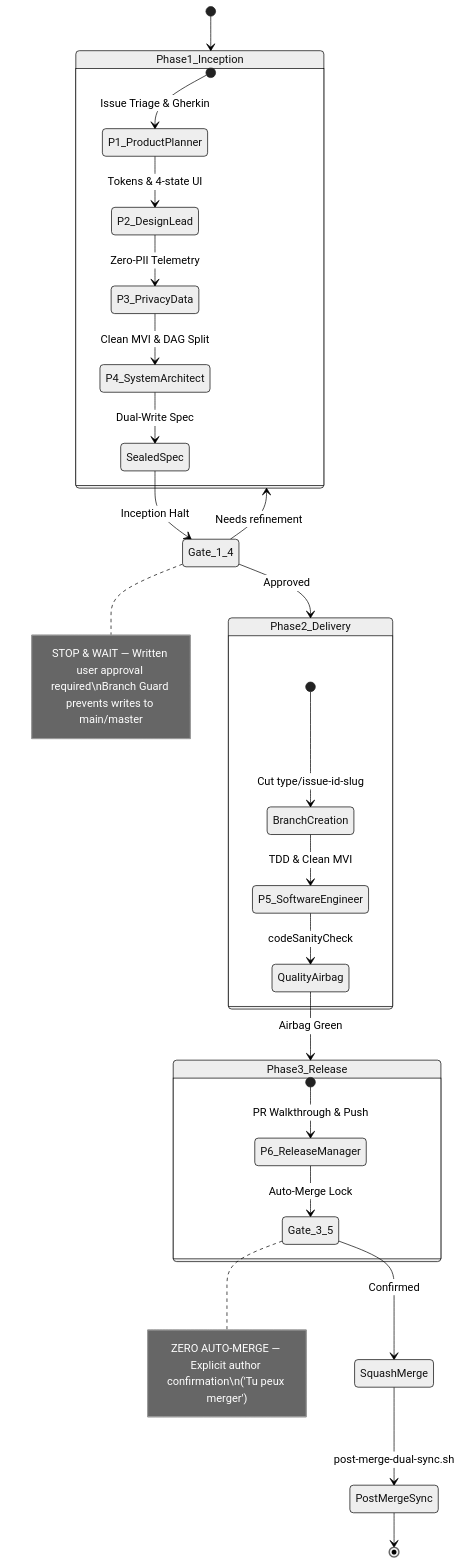
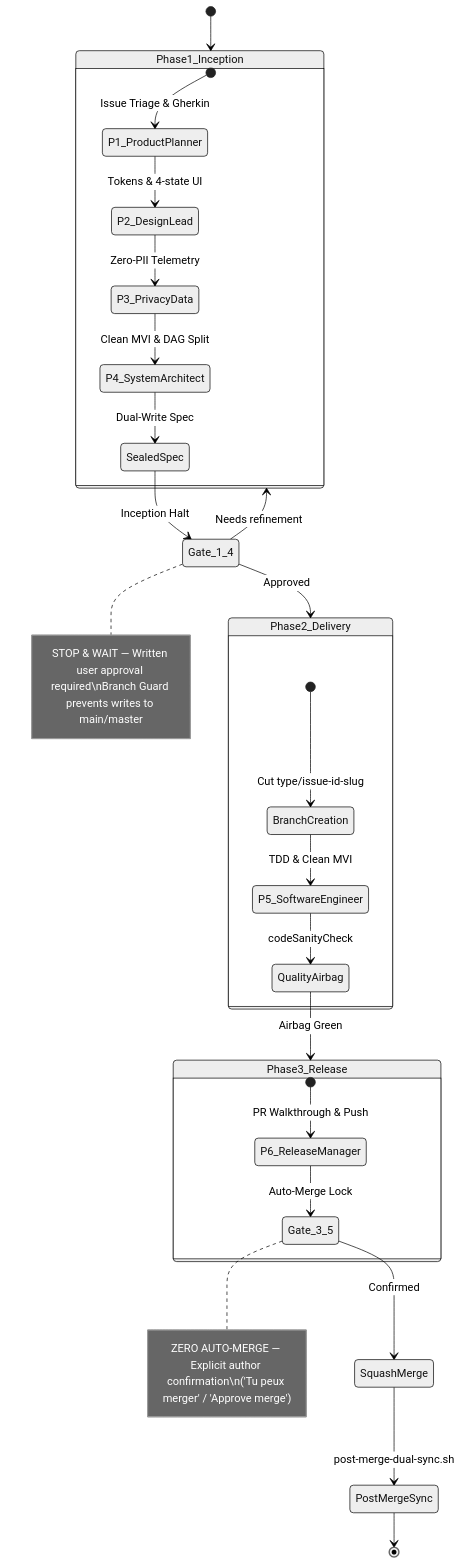
Before and after one commit to nicolasvd/agentic-android-delivery-kernel: the diagram in ARCHITECTURE.md, drawn with Mermaid (neutral theme). The commit also changed 8 other files, not shown here.

````diff
--- a/ARCHITECTURE.md
+++ b/ARCHITECTURE.md
@@ -19,40 +19,40 @@
 ```mermaid
 stateDiagram-v2
     [*] --> Phase1_Inception
     
     state Phase1_Inception {
         [*] --> P1_ProductPlanner : Issue Triage & Gherkin
         P1_ProductPlanner --> P2_DesignLead : Tokens & 4-state UI
         P2_DesignLead --> P3_PrivacyData : Zero-PII Telemetry
         P3_PrivacyData --> P4_SystemArchitect : Clean MVI & DAG Split
         P4_SystemArchitect --> SealedSpec : Dual-Write Spec
     }
 
     SealedSpec --> Gate_1_4 : Inception Halt
     
     state Gate_1_4 <<choice>>
     note right of Gate_1_4 : STOP & WAIT — Written user approval required\nBranch Guard prevents writes to main/master
 
     Gate_1_4 --> Phase2_Delivery : Approved
     Gate_1_4 --> Phase1_Inception : Needs refinement
 
     state Phase2_Delivery {
         [*] --> BranchCreation : Cut type/issue-id-slug
         BranchCreation --> P5_SoftwareEngineer : TDD & Clean MVI
         P5_SoftwareEngineer --> QualityAirbag : codeSanityCheck
     }
 
     QualityAirbag --> Phase3_Release : Airbag Green
     
     state Phase3_Release {
         [*] --> P6_ReleaseManager : PR Walkthrough & Push
         P6_ReleaseManager --> Gate_3_5 : Auto-Merge Lock
     }
 
     state Gate_3_5 <<choice>>
-    note right of Gate_3_5 : ZERO AUTO-MERGE — Explicit author confirmation\n('Tu peux merger')
+    note right of Gate_3_5 : ZERO AUTO-MERGE — Explicit author confirmation\n('Tu peux merger' / 'Approve merge')
 
     Gate_3_5 --> SquashMerge : Confirmed
     SquashMerge --> PostMergeSync : post-merge-dual-sync.sh
     PostMergeSync --> [*]
 ```
````
